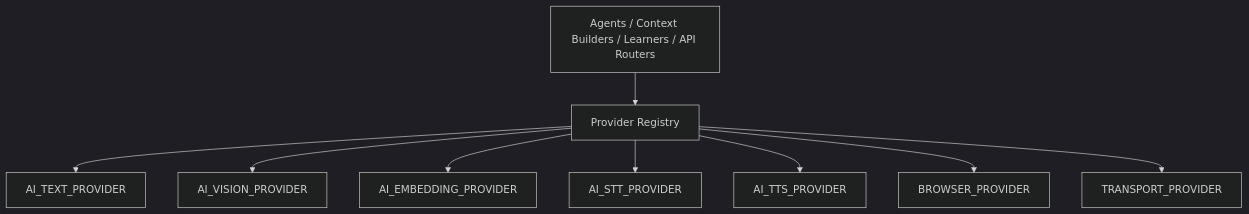
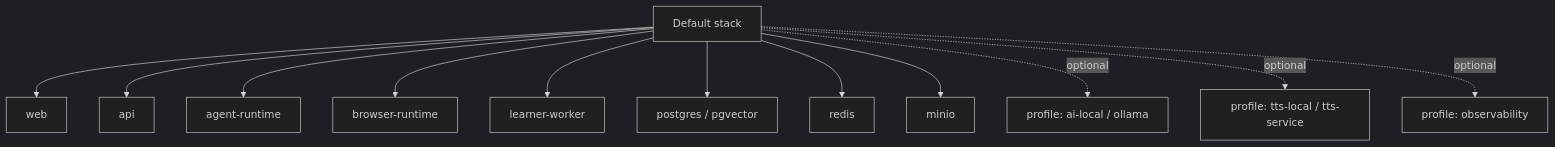
One commit to roshaninfordham/personalised-demo-ai-agent changed the third of 4 diagrams in README.md. Above: the diagram before and after it, drawn with Mermaid (dark theme). The commit also changed other lines of this file and 9 other files, not shown here.

````diff
--- a/README.md
+++ b/README.md
@@ -95,21 +233,27 @@
 ```mermaid
 flowchart TB
-    Logic["Agents / Context Builders / Learners / API Routers"]
-    Registry["Provider Registry"]
-    Text["AI_TEXT_PROVIDER"]
-    Vision["AI_VISION_PROVIDER"]
-    Embed["AI_EMBEDDING_PROVIDER"]
-    STT["AI_STT_PROVIDER"]
-    TTS["AI_TTS_PROVIDER"]
-    Browser["BROWSER_PROVIDER"]
-    Transport["TRANSPORT_PROVIDER"]
+    Default["Default stack"]
+    Web["web"]
+    API["api"]
+    Agent["agent-runtime"]
+    Browser["browser-runtime"]
+    Learner["learner-worker"]
+    Postgres["postgres / pgvector"]
+    Redis["redis"]
+    Minio["minio"]
+    AI["profile: ai-local / ollama"]
+    TTS["profile: tts-local / tts-service"]
+    Obs["profile: observability"]
 
-    Logic --> Registry
-    Registry --> Text
-    Registry --> Vision
-    Registry --> Embed
-    Registry --> STT
-    Registry --> TTS
-    Registry --> Browser
-    Registry --> Transport
+    Default --> Web
+    Default --> API
+    Default --> Agent
+    Default --> Browser
+    Default --> Learner
+    Default --> Postgres
+    Default --> Redis
+    Default --> Minio
+    Default -.optional.-> AI
+    Default -.optional.-> TTS
+    Default -.optional.-> Obs
 ```
````
